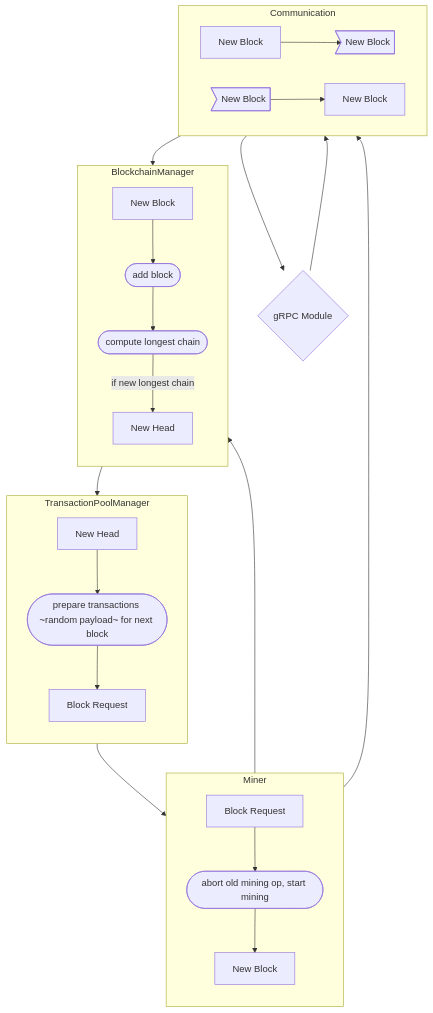
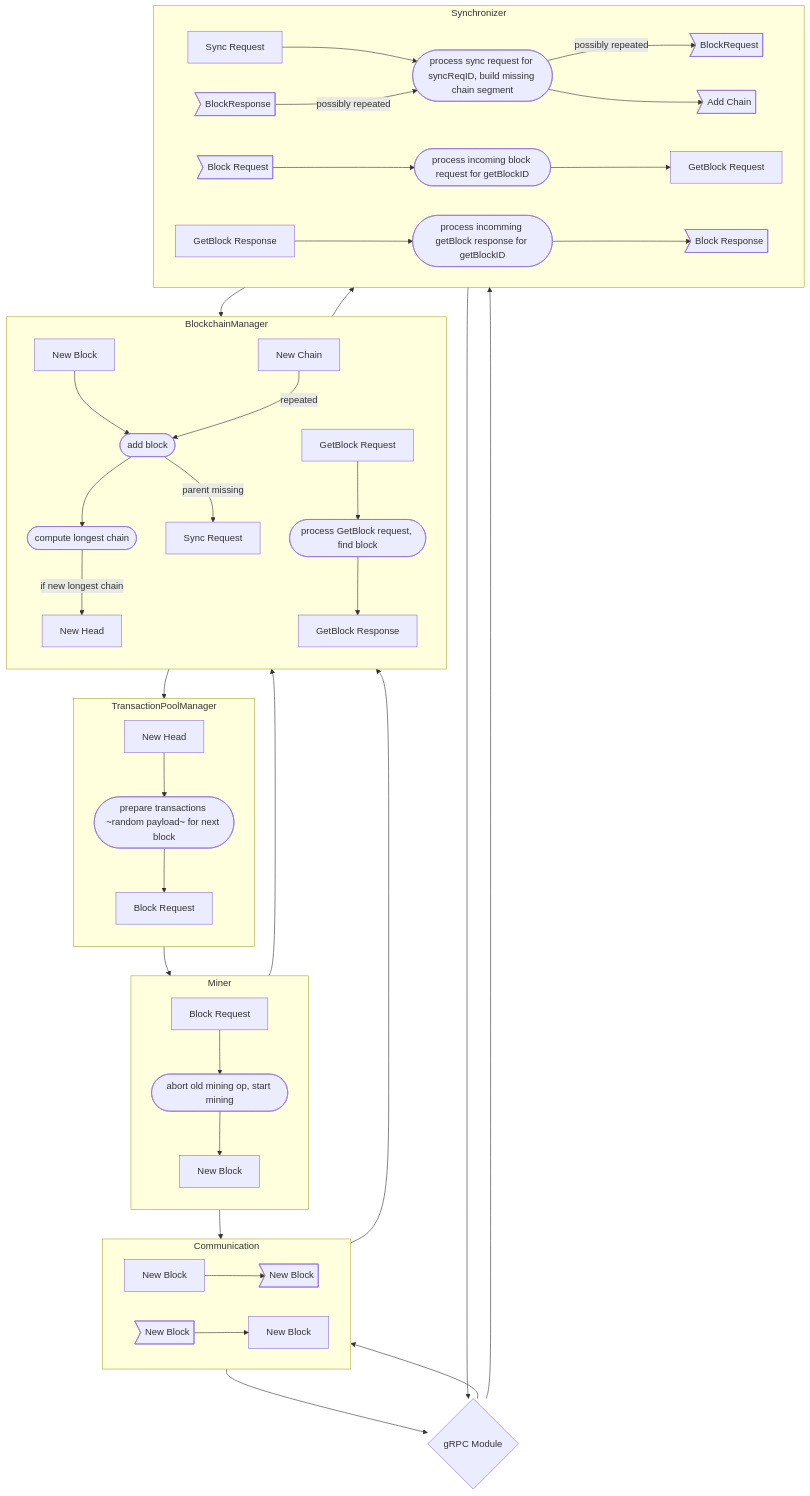
Before and after one commit to komplexon3/longest-chain-project: the diagram in notes/block_diagram.md, drawn with Mermaid.

Commit message:
update block diagram

````diff
--- a/notes/block_diagram.md
+++ b/notes/block_diagram.md
@@ -1,39 +1,61 @@
 ```mermaid
 flowchart TB;
 
 subgraph TransactionPoolManager
 direction TB;
 
 nhi[New Head] --> pt([prepare transactions ~random payload~ for next block])
 pt --> bro[Block Request]
 end
 
 subgraph BlockchainManager
 direction TB;
 
 nbi[New Block] --> ab([add block])
+nci[New Chain] --repeated--> ab
 ab --> clc([compute longest chain])
+ab --parent missing--> sr[Sync Request]
 clc -->|if new longest chain| nho[New Head]
+
+gbi[GetBlock Request] --> pgbr([process GetBlock request, find block])
+pgbr --> gbo[GetBlock Response]
 
 end
 
 subgraph Miner
 direction TB;
 
 bri[Block Request] --> m([abort old mining op, start mining])
 m --> nbio[New Block]
+end
 
-end
 subgraph Communication
 c_nbo[New Block] --> nbfo>New Block]
 c_nbfi>New Block] --> c_nbi[New Block]
+end
+
+subgraph Synchronizer
+sri[Sync Request] --> psr([process sync request for syncReqID, build missing chain segment])
+psr --possibly repeated--> breqo>BlockRequest]
+bresi>BlockResponse] --possibly repeated--> psr
+psr --> ac>Add Chain]
+
+breq>Block Request] --> pibr([process incoming block request for getBlockID])
+pibr --> gbreq[GetBlock Request]
+gbRes[GetBlock Response] --> pibres([process incomming getBlock response for getBlockID])
+pibres --> bres>Block Response]
+
 end
 
 grpc{gRPC Module} --> Communication
 Communication --> grpc
 Miner --> BlockchainManager
 BlockchainManager --> TransactionPoolManager
 TransactionPoolManager --> Miner
 Miner --> Communication
 Communication --> BlockchainManager
+BlockchainManager --> Synchronizer
+Synchronizer --> BlockchainManager
+Synchronizer --> grpc
+grpc --> Synchronizer
 ```
````
